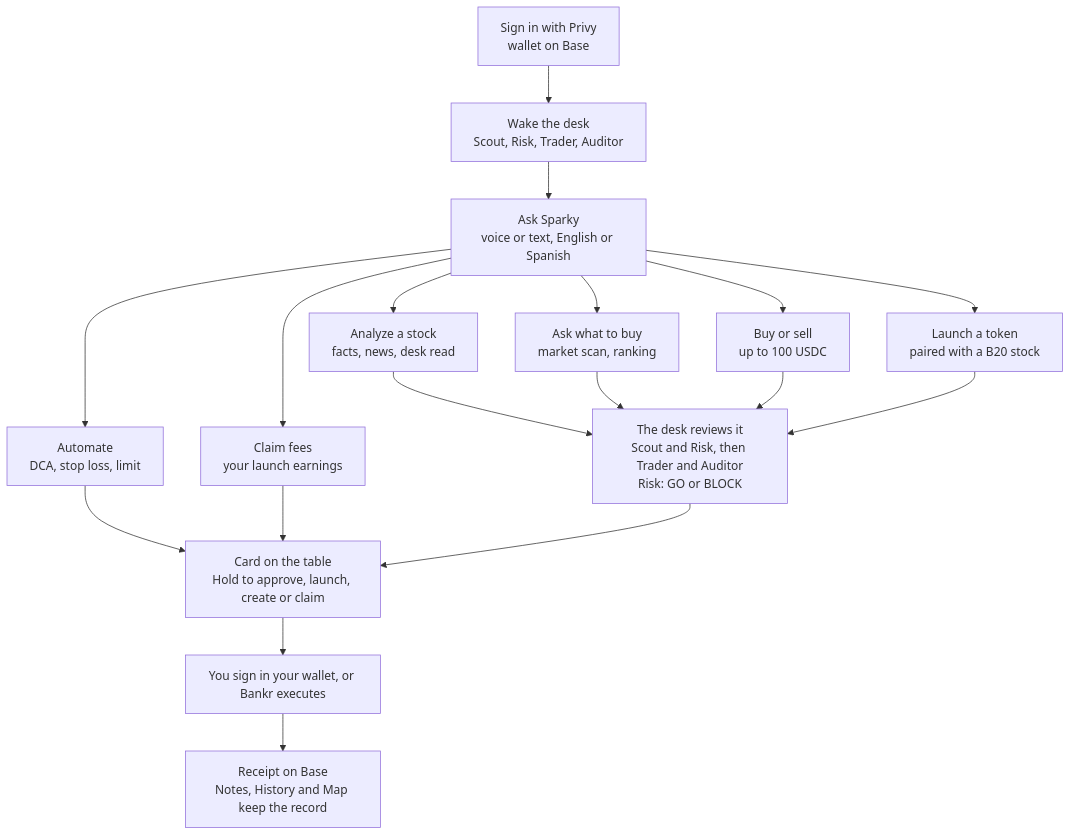
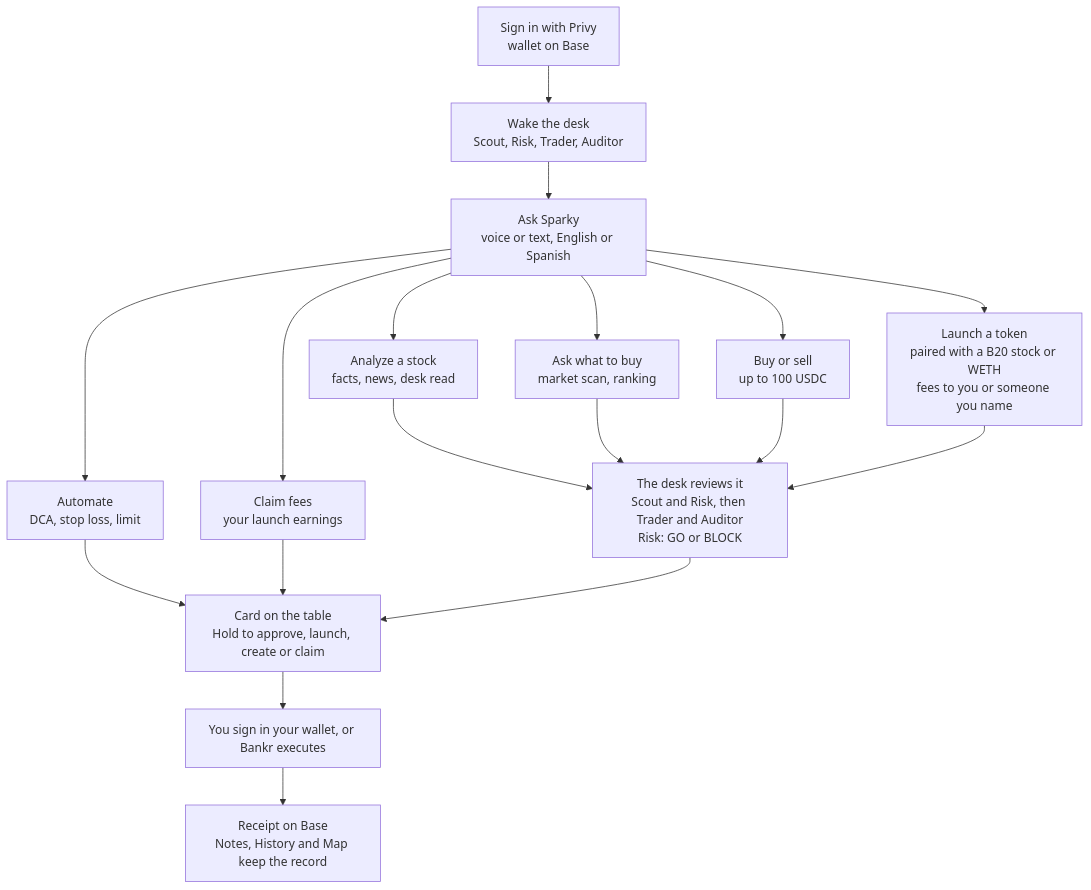
Before and after one commit to PerkOS-xyz/PerkOS-Runtime: the diagram in README.md, drawn with Mermaid. The commit also changed other lines of this file and 6 other files, not shown here.

First line of the commit message:
Launch: choose who earns the fees and how the token is set up

````diff
--- a/README.md
+++ b/README.md
@@ -21,20 +21,20 @@
 ```mermaid
 flowchart TD
   A[Sign in with Privy<br/>wallet on Base] --> B[Wake the desk<br/>Scout, Risk, Trader, Auditor]
   B --> S[Ask Sparky<br/>voice or text, English or Spanish]
   S --> AN[Analyze a stock<br/>facts, news, desk read]
   S --> AD[Ask what to buy<br/>market scan, ranking]
   S --> TR[Buy or sell<br/>up to 100 USDC]
-  S --> LA[Launch a token<br/>paired with a B20 stock]
+  S --> LA[Launch a token<br/>paired with a B20 stock or WETH<br/>fees to you or someone you name]
   S --> AU[Automate<br/>DCA, stop loss, limit]
   S --> FE[Claim fees<br/>your launch earnings]
   AN --> D[The desk reviews it<br/>Scout and Risk, then Trader and Auditor<br/>Risk: GO or BLOCK]
   AD --> D
   TR --> D
   LA --> D
   AU --> C
   FE --> C
   D --> C[Card on the table<br/>Hold to approve, launch, create or claim]
   C --> X[You sign in your wallet, or Bankr executes]
   X --> R[Receipt on Base<br/>Notes, History and Map keep the record]
 ```
````
